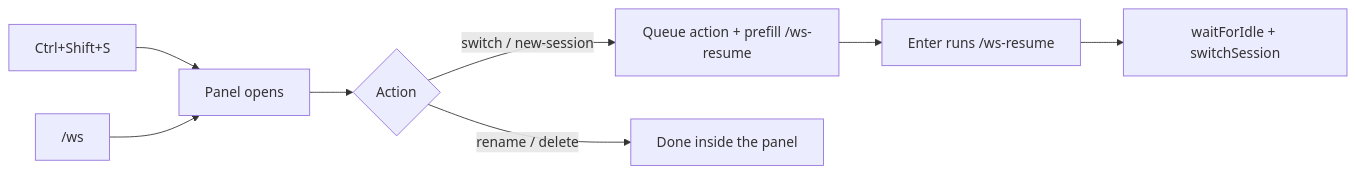
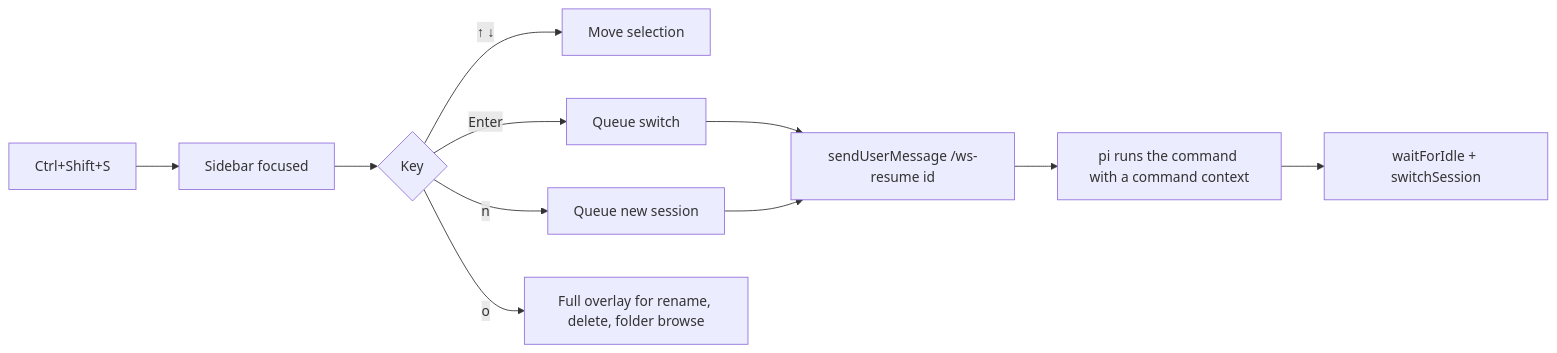
Before and after one commit to Gendyyy/pi-workspace-sidebar: the diagram in README.md, drawn with Mermaid. The commit also changed other lines of this file and 11 other files, not shown here.

First line of the commit message:
feat: dock the sidebar into the terminal instead of opening an overlay

````diff
--- a/README.md
+++ b/README.md
@@ -107,10 +146,13 @@
 ```mermaid
 flowchart LR
-    A["Ctrl+Shift+S"] --> B[Panel opens]
-    C["/ws"] --> B
-    B --> D{Action}
-    D -->|switch / new-session| E[Queue action + prefill /ws-resume]
-    D -->|rename / delete| F[Done inside the panel]
-    E --> G["Enter runs /ws-resume"]
-    G --> H[waitForIdle + switchSession]
+    A["Ctrl+Shift+S"] --> B[Sidebar focused]
+    B --> C{Key}
+    C -->|↑ ↓| D[Move selection]
+    C -->|Enter| E[Queue switch]
+    C -->|n| F[Queue new session]
+    E --> G["sendUserMessage /ws-resume id"]
+    F --> G
+    G --> H[pi runs the command with a command context]
+    H --> I[waitForIdle + switchSession]
+    C -->|o| J[Full overlay for rename, delete, folder browse]
 ```
````
